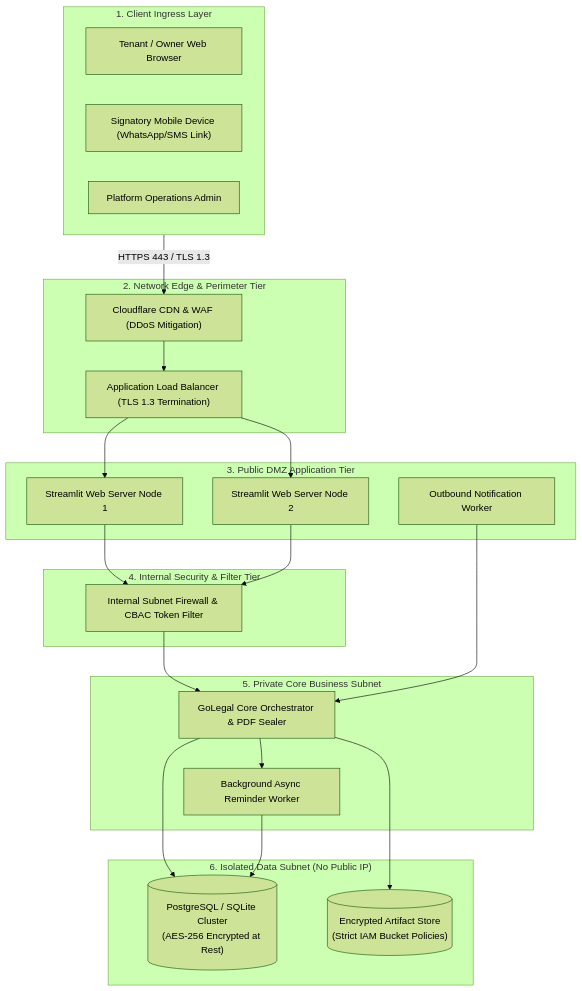
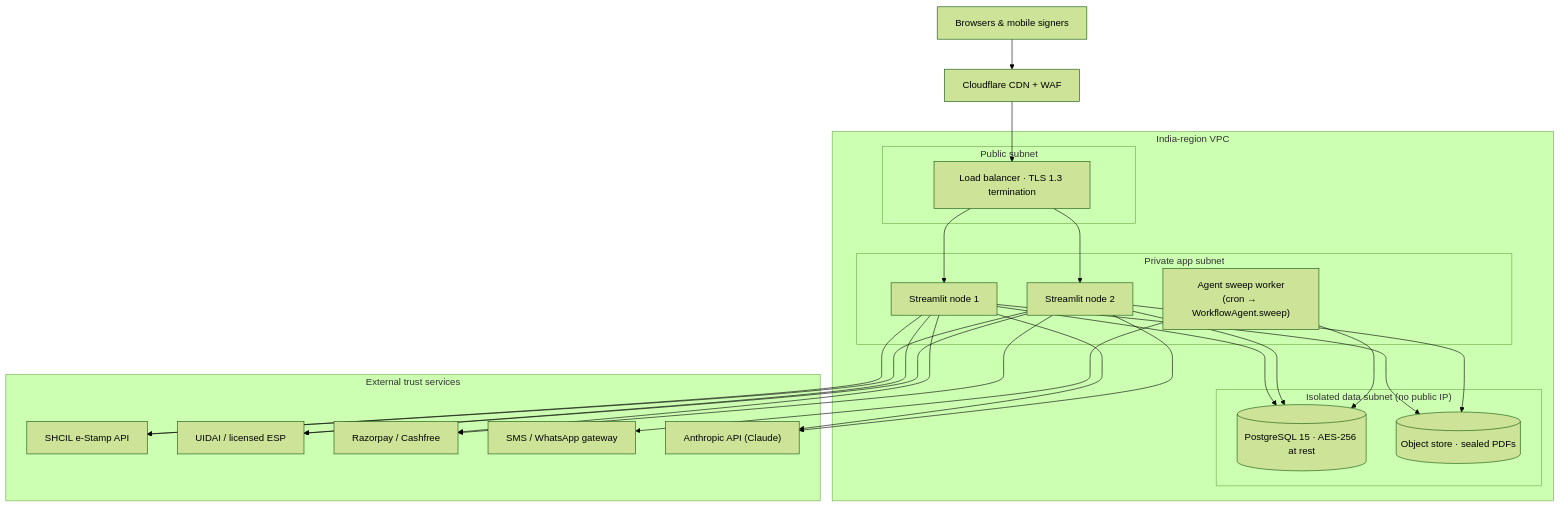
One commit to shinevijayan03/golegal_os changed the fifth of 5 diagrams in ARCHITECTURE.md. Above: the diagram before and after it, drawn with Mermaid (forest theme). The commit also changed other lines of this file and 60 other files, not shown here.

````diff
--- a/ARCHITECTURE.md
+++ b/ARCHITECTURE.md
@@ -118,44 +206,36 @@
 ```mermaid
 flowchart TD
-    subgraph Clients["1. Client Ingress Layer"]
-        BrowserClient["Tenant / Owner Web Browser"]
-        MobileClient["Signatory Mobile Device (WhatsApp/SMS Link)"]
-        AdminUser["Platform Operations Admin"]
+    Client["Browsers & mobile signers"] --> CF["Cloudflare CDN + WAF"]
+    CF --> ALB["Load balancer · TLS 1.3 termination"]
+
+    subgraph VPC["India-region VPC"]
+        subgraph Public["Public subnet"]
+            ALB
+        end
+        subgraph App["Private app subnet"]
+            W1["Streamlit node 1"]
+            W2["Streamlit node 2"]
+            Sweep["Agent sweep worker<br/>(cron → WorkflowAgent.sweep)"]
+        end
+        subgraph Data["Isolated data subnet (no public IP)"]
+            PG[("PostgreSQL 15 · AES-256 at rest")]
+            Obj[("Object store · sealed PDFs")]
+        end
     end
 
-    subgraph Perimeter["2. Network Edge & Perimeter Tier"]
-        Cloudflare["Cloudflare CDN & WAF (DDoS Mitigation)"]
-        ALB["Application Load Balancer (TLS 1.3 Termination)"]
+    subgraph Ext["External trust services"]
+        SHCIL["SHCIL e-Stamp API"]
+        UIDAI["UIDAI / licensed ESP"]
+        PayGW["Razorpay / Cashfree"]
+        Msg["SMS / WhatsApp gateway"]
+        Claude["Anthropic API (Claude)"]
     end
 
-    subgraph DMZ["3. Public DMZ Application Tier"]
-        WebInstance1["Streamlit Web Server Node 1"]
-        WebInstance2["Streamlit Web Server Node 2"]
-        EmailGateway["Outbound Notification Worker"]
-    end
-
-    subgraph Internal_Security["4. Internal Security & Filter Tier"]
-        InternalFirewall["Internal Subnet Firewall & CBAC Token Filter"]
-    end
-
-    subgraph Private_App["5. Private Core Business Subnet"]
-        CoreApp["GoLegal Core Orchestrator & PDF Sealer"]
-        Worker["Background Async Reminder Worker"]
-    end
-
-    subgraph Isolated_Data["6. Isolated Data Subnet (No Public IP)"]
-        DBCluster[("PostgreSQL / SQLite Cluster<br/>(AES-256 Encrypted at Rest)")]
-        S3Bucket[("Encrypted Artifact Store<br/>(Strict IAM Bucket Policies)")]
-    end
-
-    Clients -->|HTTPS 443 / TLS 1.3| Cloudflare
-    Cloudflare --> ALB
-    ALB --> WebInstance1 & WebInstance2
-    WebInstance1 & WebInstance2 --> InternalFirewall
-    InternalFirewall --> CoreApp
-    EmailGateway --> CoreApp
-    CoreApp --> Worker
-    CoreApp --> DBCluster
-    CoreApp --> S3Bucket
-    Worker --> DBCluster
+    ALB --> W1 & W2
+    W1 & W2 --> PG
+    W1 & W2 --> Obj
+    Sweep --> PG
+    W1 & W2 --> Claude
+    W1 & W2 --> SHCIL & UIDAI & PayGW
+    Sweep --> Msg
 ```
````
